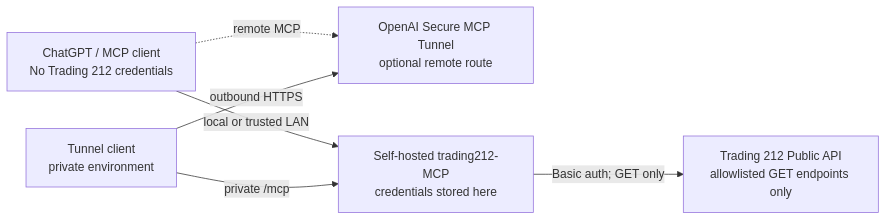
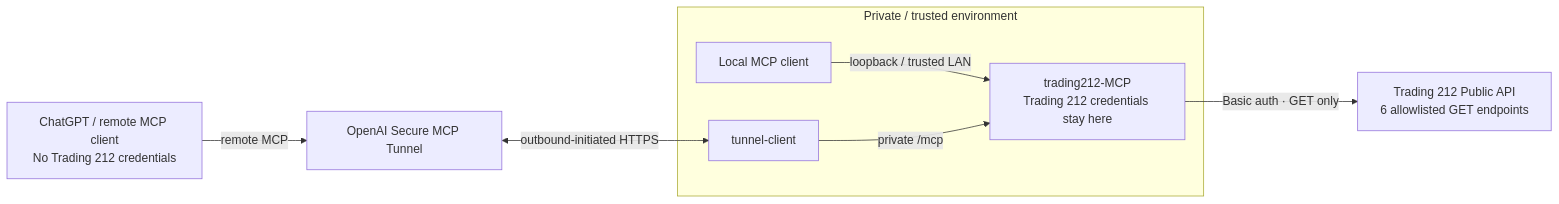
One commit to Nerfagol/trading212-MCP changed the diagram in README.md. Above: the diagram before and after it, drawn with Mermaid. The commit also changed 1 other file, not shown here.

Commit message:
docs: clarify private tunnel architecture

````diff
--- a/README.md
+++ b/README.md
@@ -15,14 +15,20 @@
 ```mermaid
 flowchart LR
-    Client["ChatGPT / MCP client<br/>No Trading 212 credentials"]
-    Control["OpenAI Secure MCP Tunnel<br/>optional remote route"]
-    Tunnel["Tunnel client<br/>private environment"]
-    Server["Self-hosted trading212-MCP<br/>credentials stored here"]
-    API["Trading 212 Public API<br/>allowlisted GET endpoints only"]
+    Remote["ChatGPT / remote MCP client<br/>No Trading 212 credentials"]
+    OpenAI["OpenAI Secure MCP Tunnel"]
 
-    Client -->|"local or trusted LAN"| Server
-    Client -.->|"remote MCP"| Control
-    Tunnel -->|"outbound HTTPS"| Control
-    Tunnel -->|"private /mcp"| Server
-    Server -->|"Basic auth; GET only"| API
+    subgraph Private["Private / trusted environment"]
+        Local["Local MCP client"]
+        Tunnel["tunnel-client"]
+        Server["trading212-MCP<br/>Trading 212 credentials stay here"]
+
+        Local -->|"loopback / trusted LAN"| Server
+        Tunnel -->|"private /mcp"| Server
+    end
+
+    API["Trading 212 Public API<br/>6 allowlisted GET endpoints"]
+
+    Remote -->|"remote MCP"| OpenAI
+    OpenAI <-->|"outbound-initiated HTTPS"| Tunnel
+    Server -->|"Basic auth · GET only"| API
 ```
````
